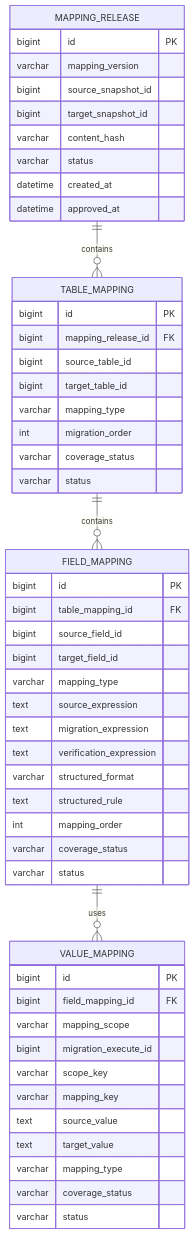
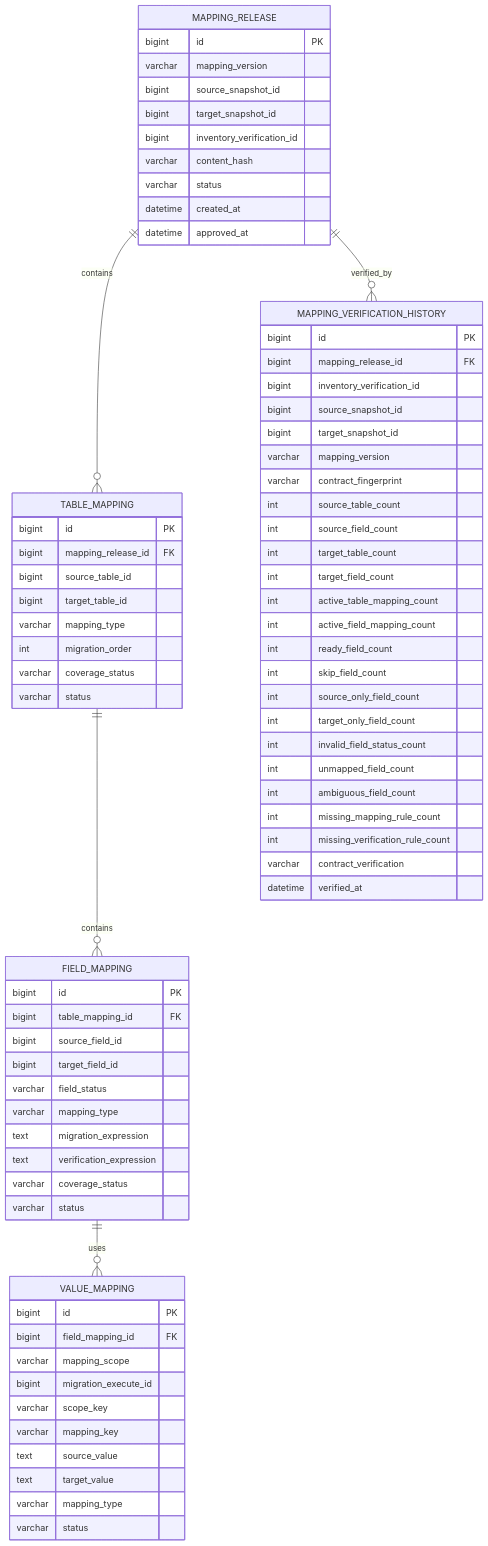
One commit to duyduyly/php-notebook changed the third of 3 diagrams in docs/joomla/learning/database/migration/tutorial/migration-workflow.md. Above: the diagram before and after it, drawn with Mermaid. The commit also changed other lines of this file, not shown here.

Commit message:
Strengthen migration history chain and one-time script execution

````diff
--- a/docs/joomla/learning/database/migration/tutorial/migration-workflow.md
+++ b/docs/joomla/learning/database/migration/tutorial/migration-workflow.md
@@ -418,12 +474,14 @@
     MAPPING_RELEASE ||--o{ TABLE_MAPPING : contains
     TABLE_MAPPING ||--o{ FIELD_MAPPING : contains
     FIELD_MAPPING ||--o{ VALUE_MAPPING : uses
+    MAPPING_RELEASE ||--o{ MAPPING_VERIFICATION_HISTORY : verified_by
 
     MAPPING_RELEASE {
         bigint id PK
         varchar mapping_version
         bigint source_snapshot_id
         bigint target_snapshot_id
+        bigint inventory_verification_id
         varchar content_hash
         varchar status
         datetime created_at
@@ -446,13 +504,10 @@
         bigint table_mapping_id FK
         bigint source_field_id
         bigint target_field_id
+        varchar field_status
         varchar mapping_type
-        text source_expression
         text migration_expression
         text verification_expression
-        varchar structured_format
-        text structured_rule
-        int mapping_order
         varchar coverage_status
         varchar status
     }
@@ -467,7 +522,33 @@
         text source_value
         text target_value
         varchar mapping_type
-        varchar coverage_status
         varchar status
     }
+
+    MAPPING_VERIFICATION_HISTORY {
+        bigint id PK
+        bigint mapping_release_id FK
+        bigint inventory_verification_id
+        bigint source_snapshot_id
+        bigint target_snapshot_id
+        varchar mapping_version
+        varchar contract_fingerprint
+        int source_table_count
+        int source_field_count
+        int target_table_count
+        int target_field_count
+        int active_table_mapping_count
+        int active_field_mapping_count
+        int ready_field_count
+        int skip_field_count
+        int source_only_field_count
+        int target_only_field_count
+        int invalid_field_status_count
+        int unmapped_field_count
+        int ambiguous_field_count
+        int missing_mapping_rule_count
+        int missing_verification_rule_count
+        varchar contract_verification
+        datetime verified_at
+    }
 ```
````
